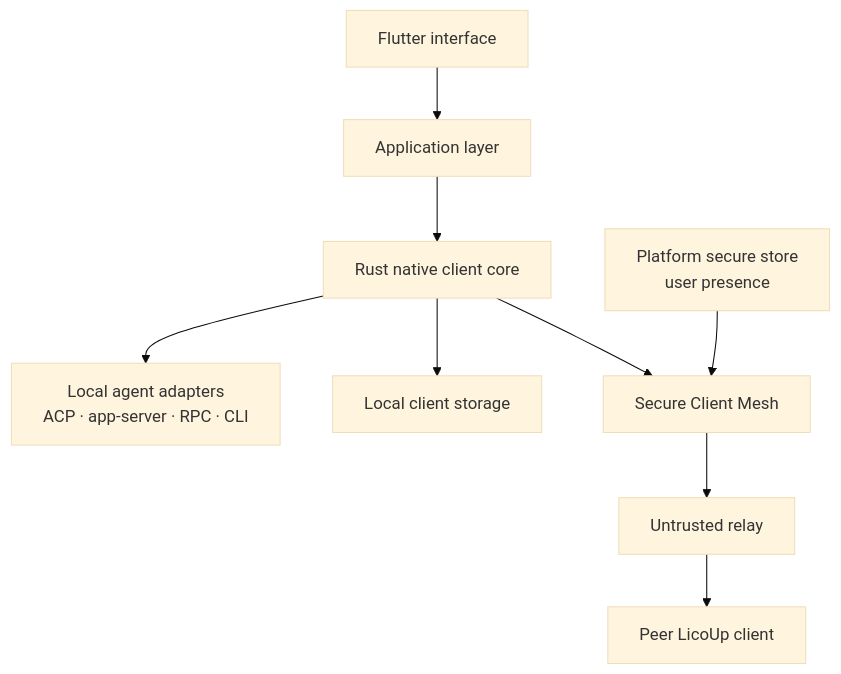
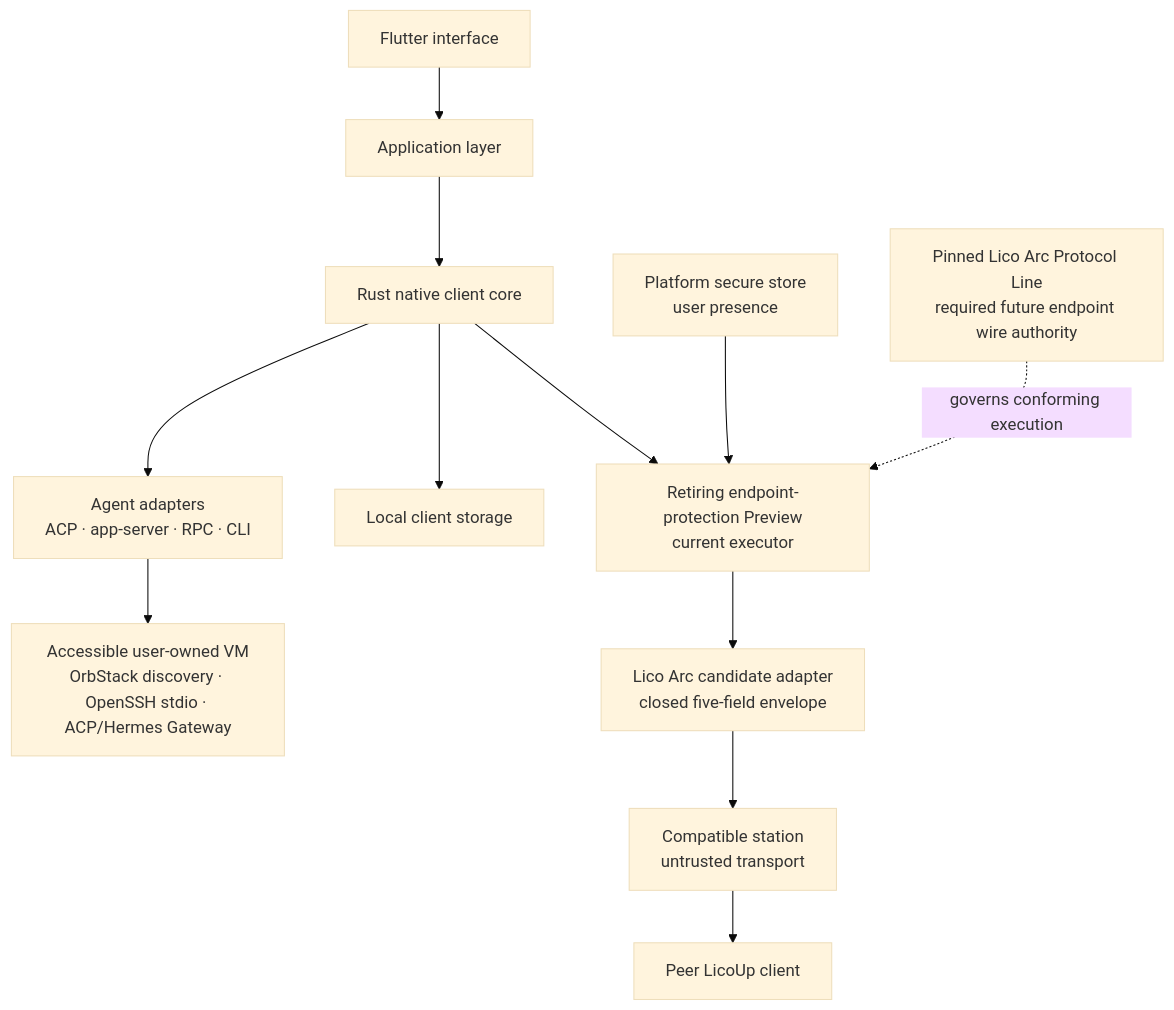
Before and after one commit to LicoLand/LicoUp: the first of 3 diagrams in docs/architecture/README.md, drawn with Mermaid (base theme). The commit also changed other lines of this file and 1363 other files, not shown here.

````diff
--- a/docs/architecture/README.md
+++ b/docs/architecture/README.md
@@ -24,11 +28,14 @@
 ```mermaid
 flowchart TB
     UI["Flutter interface"] --> APP["Application layer"]
     APP --> CORE["Rust native client core"]
-    CORE --> AGENTS["Local agent adapters<br/>ACP · app-server · RPC · CLI"]
+    CORE --> AGENTS["Agent adapters<br/>ACP · app-server · RPC · CLI"]
+    AGENTS --> VM["Accessible user-owned VM<br/>OrbStack discovery · OpenSSH stdio · ACP/Hermes Gateway"]
     CORE --> STORE["Local client storage"]
-    CORE --> MESH["Secure Client Mesh"]
-    MESH --> RELAY["Untrusted relay"]
-    RELAY --> PEER["Peer LicoUp client"]
+    CORE --> MESH["Retiring endpoint-protection Preview<br/>current executor"]
+    MESH --> ARC["Lico Arc candidate adapter<br/>closed five-field envelope"]
+    ARC --> STATION["Compatible station<br/>untrusted transport"]
+    STATION --> PEER["Peer LicoUp client"]
     KEYS["Platform secure store<br/>user presence"] --> MESH
+    LINE["Pinned Lico Arc Protocol Line<br/>required future endpoint wire authority"] -. "governs conforming execution" .-> MESH
 ```
````
